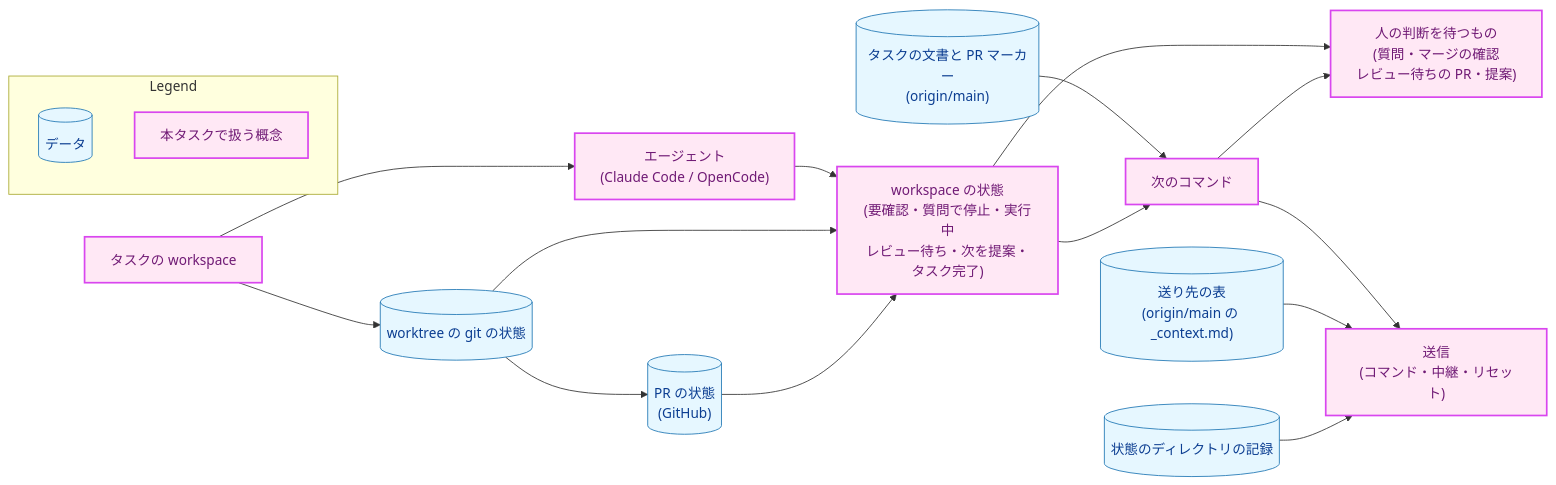
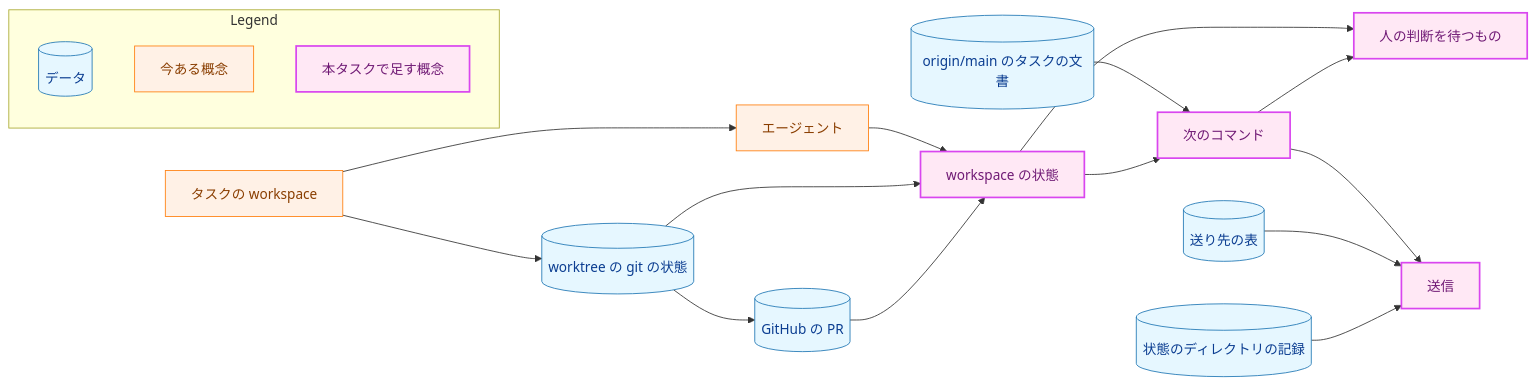
One commit to isseis/yt2column changed the first of 6 diagrams in docs/tasks/0088_chief_of_staff/02_architecture.md. Above: the diagram before and after it, drawn with Mermaid. The commit also changed other lines of this file and 2 other files, not shown here.

````diff
--- a/docs/tasks/0088_chief_of_staff/02_architecture.md
+++ b/docs/tasks/0088_chief_of_staff/02_architecture.md
@@ -58,41 +62,45 @@
 ```mermaid
 flowchart LR
     classDef data fill:#e6f7ff,stroke:#1f77b4,stroke-width:1px,color:#0b3d91;
+    classDef process fill:#fff1e6,stroke:#ff7f0e,stroke-width:1px,color:#8a3e00;
     classDef newpkg fill:#ffe8f5,stroke:#d946ef,stroke-width:2px,color:#701a75;
 
     WS["タスクの workspace"]
-    AG["エージェント<br>(Claude Code / OpenCode)"]
+    AG["エージェント"]
     WT[("worktree の git の状態")]
-    PR[("PR の状態<br>(GitHub)")]
-    DOC[("タスクの文書と PR マーカー<br>(origin/main)")]
-    ROUTE[("送り先の表<br>(origin/main の _context.md)")]
-    ST["workspace の状態<br>(要確認・質問で停止・実行中<br>レビュー待ち・次を提案・タスク完了)"]
+    PR[("GitHub の PR")]
+    DOC[("origin/main のタスクの文書")]
+    ROUTE[("送り先の表")]
+    REC[("状態のディレクトリの記録")]
+    ST["workspace の状態"]
     NEXT["次のコマンド"]
-    WAIT["人の判断を待つもの<br>(質問・マージの確認<br>レビュー待ちの PR・提案)"]
-    REC[("状態のディレクトリの記録")]
-    SEND["送信<br>(コマンド・中継・リセット)"]
+    WAIT["人の判断を待つもの"]
+    SEND["送信"]
 
     WS --> AG
     WS --> WT
     WT --> PR
     AG --> ST
     WT --> ST
     PR --> ST
     DOC --> NEXT
     ST --> NEXT
     ST --> WAIT
     NEXT --> WAIT
     NEXT --> SEND
     ROUTE --> SEND
     REC --> SEND
 
     class WT,PR,DOC,ROUTE,REC data
-    class WS,AG,ST,NEXT,WAIT,SEND newpkg
+    class WS,AG process
+    class ST,NEXT,WAIT,SEND newpkg
 
     subgraph Legend["Legend"]
         L1[("データ")]
-        L2["本タスクで扱う概念"]
+        L2["今ある概念"]
+        L3["本タスクで足す概念"]
     end
     class L1 data
-    class L2 newpkg
+    class L2 process
+    class L3 newpkg
 ```
````
